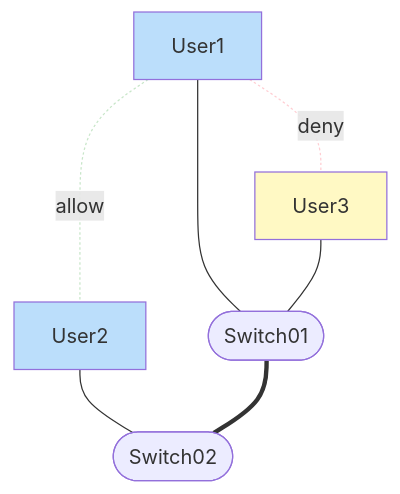
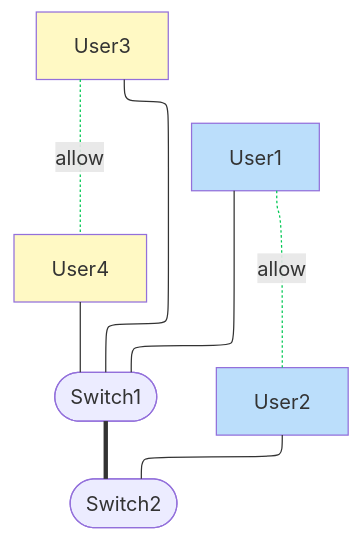
Before and after one commit to FHNW-Security-Lab-Student-Projects/ip6-automatisierte-microsegmentierung: the diagram in prototypes/v2/datasets/synthetic/simple_scenario.mmd, drawn with Mermaid. The commit also changed 4 other files, not shown here.

```diff
--- a/prototypes/v2/datasets/synthetic/simple_scenario.mmd
+++ b/prototypes/v2/datasets/synthetic/simple_scenario.mmd
@@ -1,17 +1,19 @@
 ---
 config:
-  layout: dagre
+  layout: elk
 ---
 flowchart TB
-    u1["User1"] --- s1(["Switch01"])
-    u2["User2"] --- s2(["Switch02"])
+    u1["User1"] --- s1(["Switch1"])
+    u2["User2"] --- s2(["Switch2"])
     u3["User3"] --- s1
+    u4["User4"] --- s1
     u1 -. allow .- u2
-    u1 -. deny .- u3
+    u3 -. allow .- u4
     s1 === s2
 
     style u1 fill:#BBDEFB
     style u2 fill:#BBDEFB
     style u3 fill:#FFF9C4
-    linkStyle 3 stroke:#C8E6C9,fill:none
-    linkStyle 4 stroke:#FFCDD2,fill:none
+    style u4 fill:#FFF9C4
+    linkStyle 4 stroke:#00C853,fill:none
+    linkStyle 5 stroke:#00C853,fill:none
```
